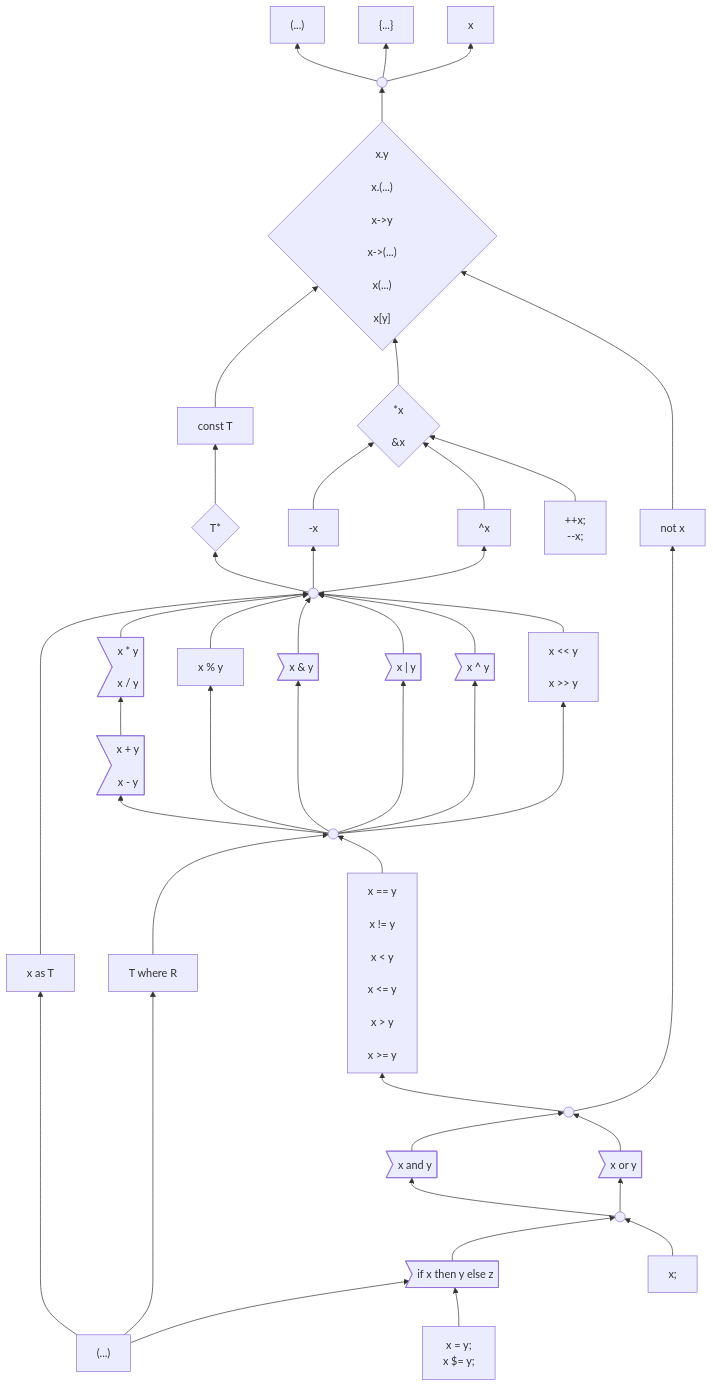
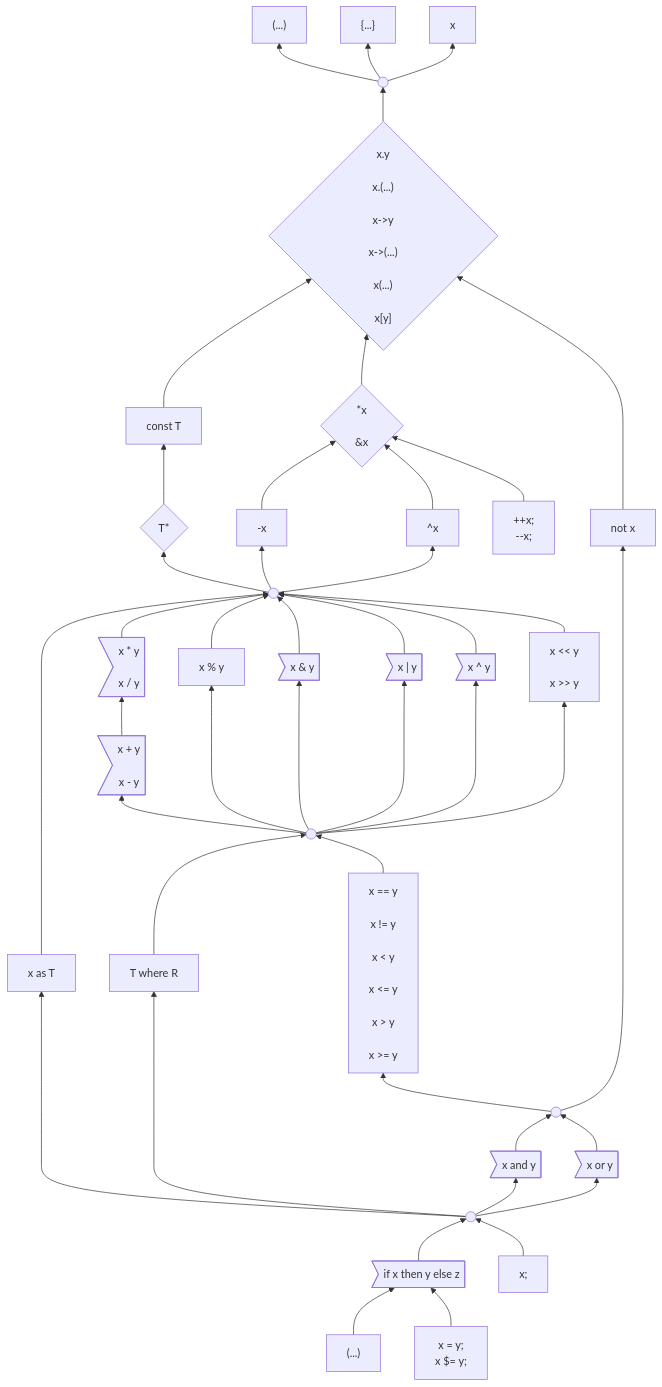
One commit to carbon-language/carbon-lang changed the first of 3 diagrams in docs/design/expressions/README.md. Above: the diagram before and after it, drawn with Mermaid.

Commit message:
Checkpoint progress.

````diff
--- a/docs/design/expressions/README.md
+++ b/docs/design/expressions/README.md
@@ -177,10 +177,10 @@
     logicalOperand-------> not
     HIDDEN:::hidden ~~~ logicalOperand
     and & or --> logicalOperand
-    %% logicalExpression ----> as & where
-    insideParens ------> as & where
+    logicalExpression ----> as & where
+    %% insideParens ------> as & where
     logicalExpression --> and & or
-    HIDDEN2:::hidden ~~~ logicalExpression
+    %% HIDDEN2:::hidden ~~~ logicalExpression
     if & expressionStatement --> logicalExpression
     insideParens & assignment --> if
 ```
````
